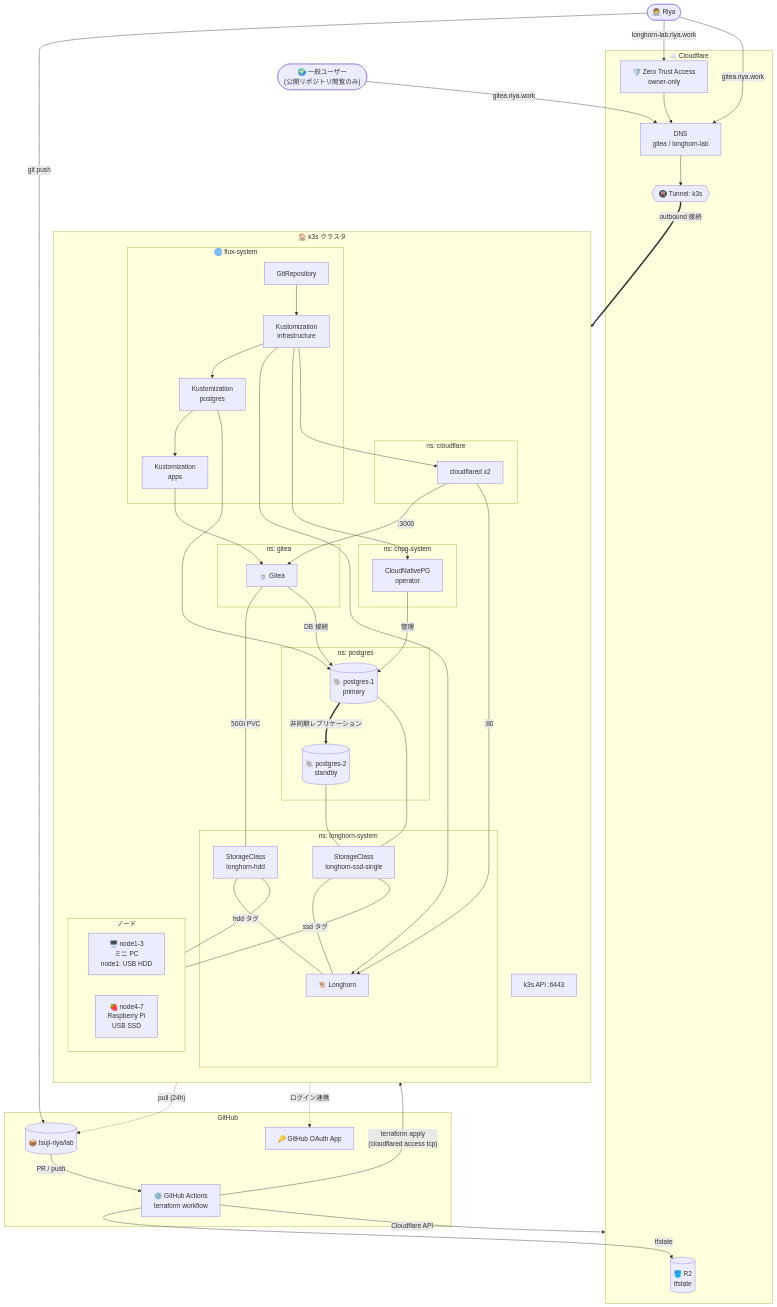
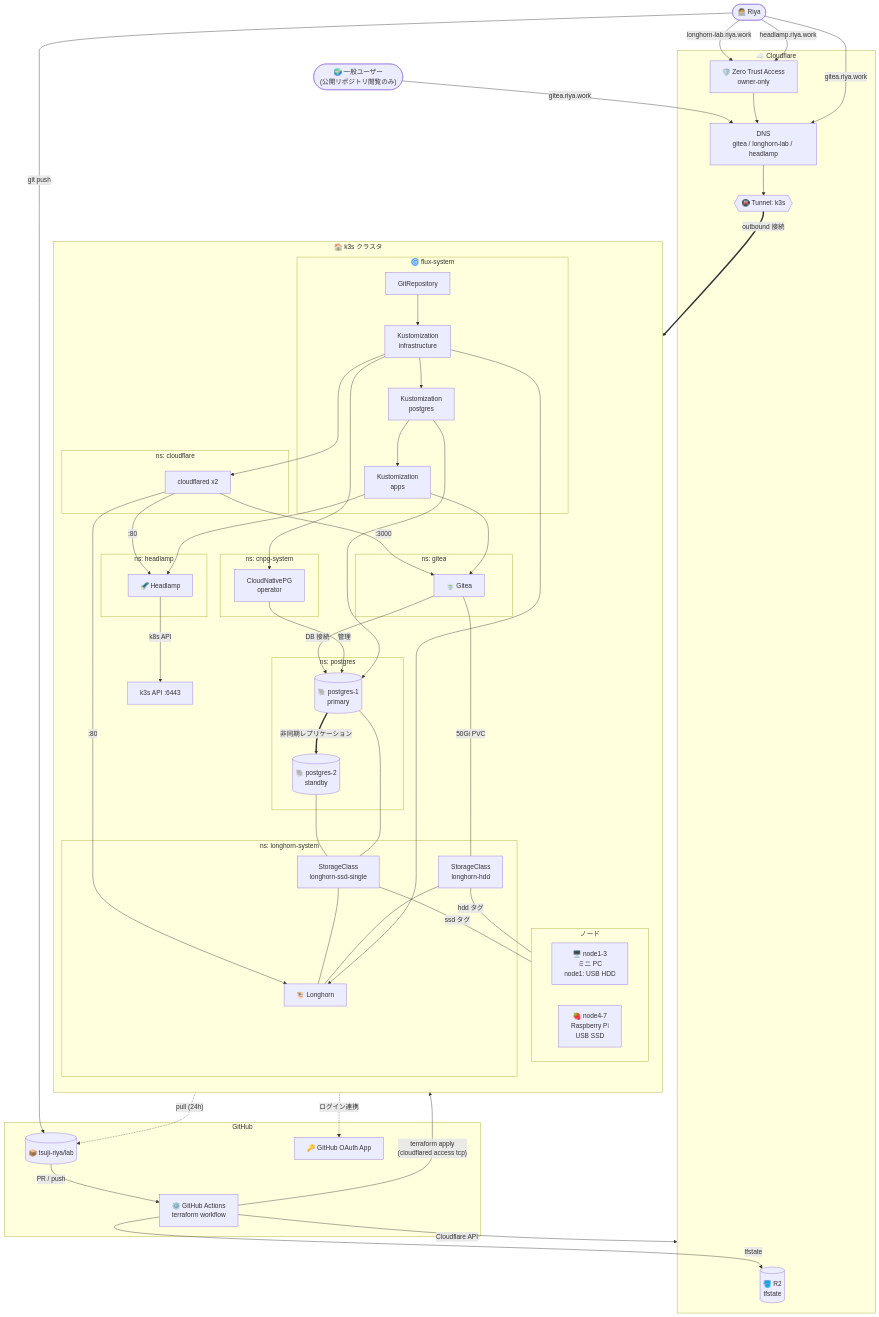
The first of 3 diagrams in README.md (tsuji-riya/lab), drawn with Mermaid before and after one commit. The commit also changed other lines of this file and 10 other files, not shown here.

````diff
--- a/README.md
+++ b/README.md
@@ -37,7 +37,7 @@
 
     subgraph CF["☁️ Cloudflare"]
         r2[("🪣 R2<br/>tfstate")]
-        dns["DNS<br/>gitea / longhorn-lab"]
+        dns["DNS<br/>gitea / longhorn-lab / headlamp"]
         access["🛡️ Zero Trust Access<br/>owner-only"]
         tunnel{{"🚇 Tunnel: k3s"}}
     end
@@ -81,6 +81,10 @@
         subgraph NS_GITEA["ns: gitea"]
             gitea["🍵 Gitea"]
         end
+
+        subgraph NS_HL["ns: headlamp"]
+            headlamp["🔦 Headlamp"]
+        end
     end
 
     user -- "git push" --> repo
@@ -97,6 +101,7 @@
     ks_infra --> cfd
     ks_pg --> pgp
     ks_apps --> gitea
+    ks_apps --> headlamp
 
     cnpg -- "管理" --> pgp
     pgp == "非同期レプリケーション" ==> pgs
@@ -112,6 +117,7 @@
     gitea -. "ログイン連携" .-> oauth
 
     user -- "longhorn-lab.riya.work" --> access
+    user -- "headlamp.riya.work" --> access
     user -- "gitea.riya.work" --> dns
     visitor -- "gitea.riya.work" --> dns
     access --> dns
@@ -119,4 +125,6 @@
     tunnel == "outbound 接続" ==> cfd
     cfd -- ":3000" --> gitea
     cfd -- ":80" --> lh
+    cfd -- ":80" --> headlamp
+    headlamp -- "k8s API" --> api
 ```
````
